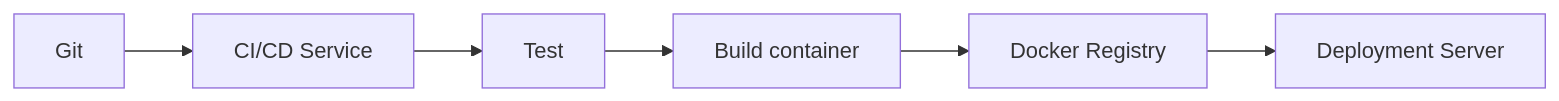
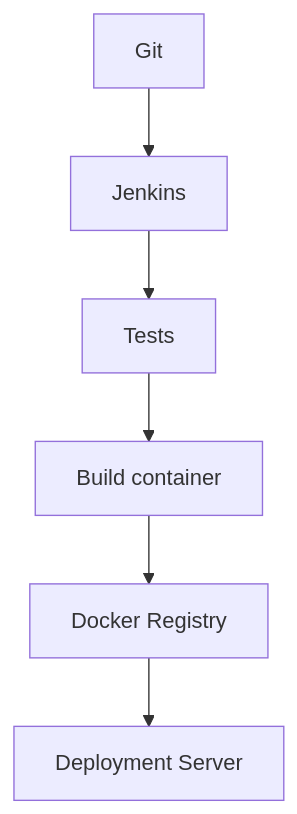
One commit to tarof429/cicd-flask-app changed the second of 2 diagrams in README.md. Above: the diagram before and after it, drawn with Mermaid. The commit also changed other lines of this file, not shown here.

````diff
--- a/README.md
+++ b/README.md
@@ -31,8 +49,8 @@
 ```mermaid
-flowchart LR
-    Git --> CICD[CI/CD Service]
-    CICD --> Test
-    Test --> Build[Build container]
+flowchart TD
+    Git --> Pipeline[Jenkins]
+    Pipeline --> Tests
+    Tests --> Build[Build container]
     Build --> Registry[Docker Registry]
     Registry --> Server[Deployment Server]
 ```
````
